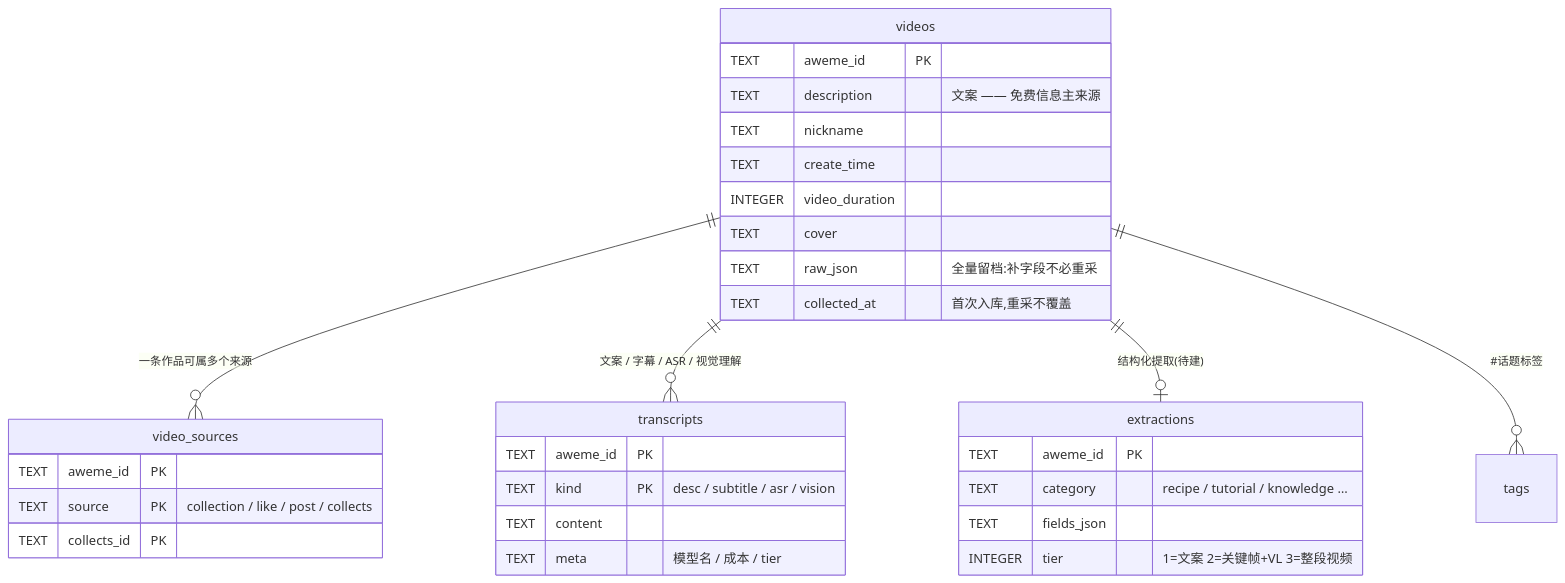
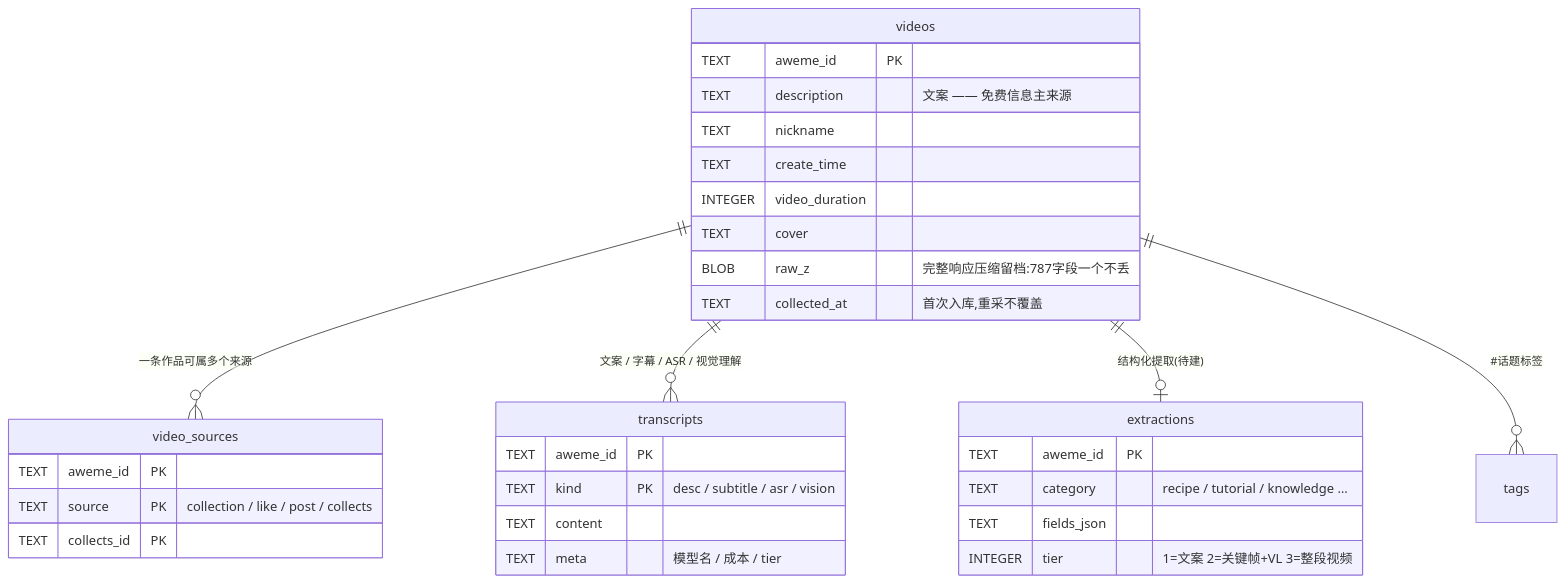
Before and after one commit to HansonY/myDY-DB: the second of 3 diagrams in docs/ARCHITECTURE.md, drawn with Mermaid. The commit also changed other lines of this file and 12 other files, not shown here.

````diff
--- a/docs/ARCHITECTURE.md
+++ b/docs/ARCHITECTURE.md
@@ -48,35 +48,35 @@
 ```mermaid
 erDiagram
     videos ||--o{ video_sources : "一条作品可属多个来源"
     videos ||--o{ transcripts : "文案 / 字幕 / ASR / 视觉理解"
     videos ||--o| extractions : "结构化提取(待建)"
     videos ||--o{ tags : "#话题标签"
 
     videos {
         TEXT aweme_id PK
         TEXT description "文案 —— 免费信息主来源"
         TEXT nickname
         TEXT create_time
         INTEGER video_duration
         TEXT cover
-        TEXT raw_json "全量留档:补字段不必重采"
+        BLOB raw_z "完整响应压缩留档:787字段一个不丢"
         TEXT collected_at "首次入库,重采不覆盖"
     }
     video_sources {
         TEXT aweme_id PK
         TEXT source PK "collection / like / post / collects"
         TEXT collects_id PK
     }
     transcripts {
         TEXT aweme_id PK
         TEXT kind PK "desc / subtitle / asr / vision"
         TEXT content
         TEXT meta "模型名 / 成本 / tier"
     }
     extractions {
         TEXT aweme_id PK
         TEXT category "recipe / tutorial / knowledge …"
         TEXT fields_json
         INTEGER tier "1=文案 2=关键帧+VL 3=整段视频"
     }
 ```
````
